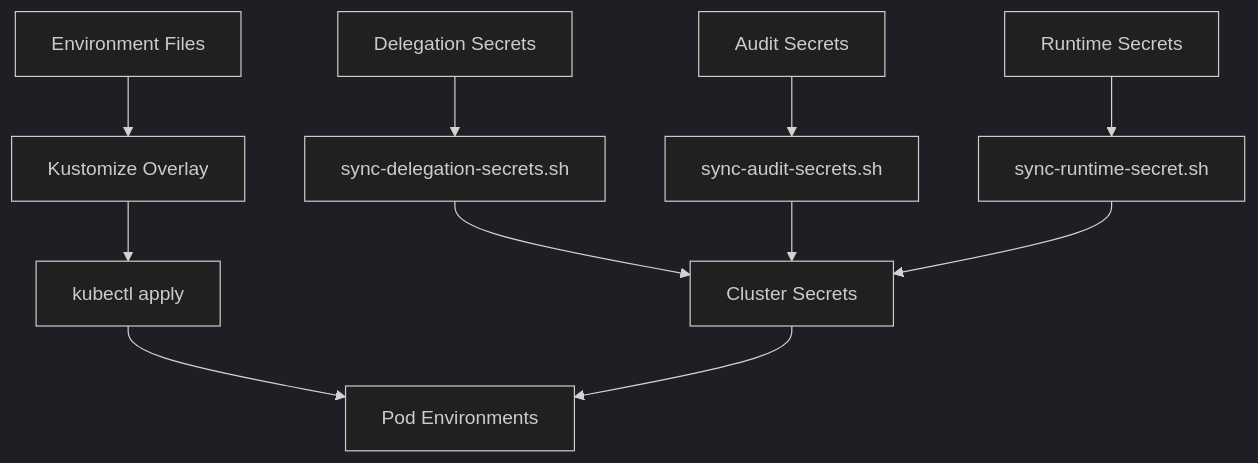
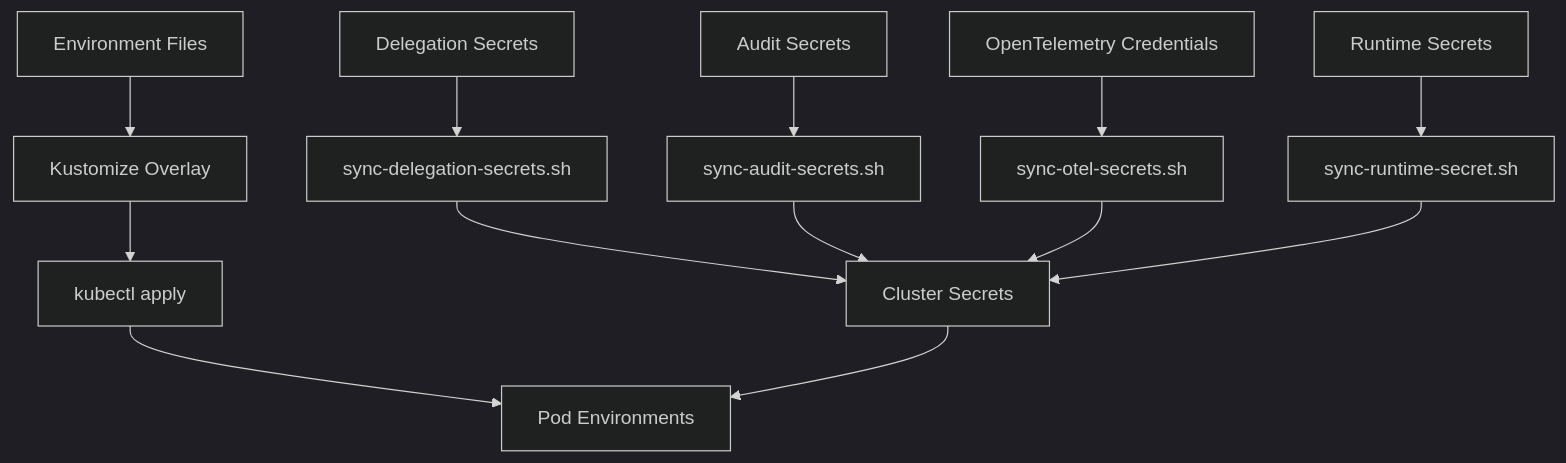
One commit to metasync/luban-aiops changed the fifth of 10 diagrams in .qoder/repowiki/en/content/Deployment and Operations/Deployment and Operations.md. Above: the diagram before and after it, drawn with Mermaid (dark theme). The commit also changed other lines of this file and 71 other files, not shown here.

Commit message:
docs: refresh repowiki knowledge cache after OpenObserve telemetry enablement

````diff
--- a/.qoder/repowiki/en/content/Deployment and Operations/Deployment and Operations.md
+++ b/.qoder/repowiki/en/content/Deployment and Operations/Deployment and Operations.md
@@ -344,13 +377,15 @@
 ```mermaid
 flowchart TD
 EnvFiles["Environment Files"] --> Overlay["Kustomize Overlay"]
 Secrets["Runtime Secrets"] --> SecretSync["sync-runtime-secret.sh"]
 DelegationSecrets["Delegation Secrets"] --> DelegationSync["sync-delegation-secrets.sh"]
 AuditSecrets["Audit Secrets"] --> AuditSync["sync-audit-secrets.sh"]
+OTELSecrets["OpenTelemetry Credentials"] --> OTESync["sync-otel-secrets.sh"]
 DelegationSync --> K8sSecrets["Cluster Secrets"]
 AuditSync --> K8sSecrets
+OTESync --> K8sSecrets
 SecretSync --> K8sSecrets
 Overlay --> K8sApply["kubectl apply"]
 K8sApply --> Pods["Pod Environments"]
 K8sSecrets --> Pods
 ```
````
